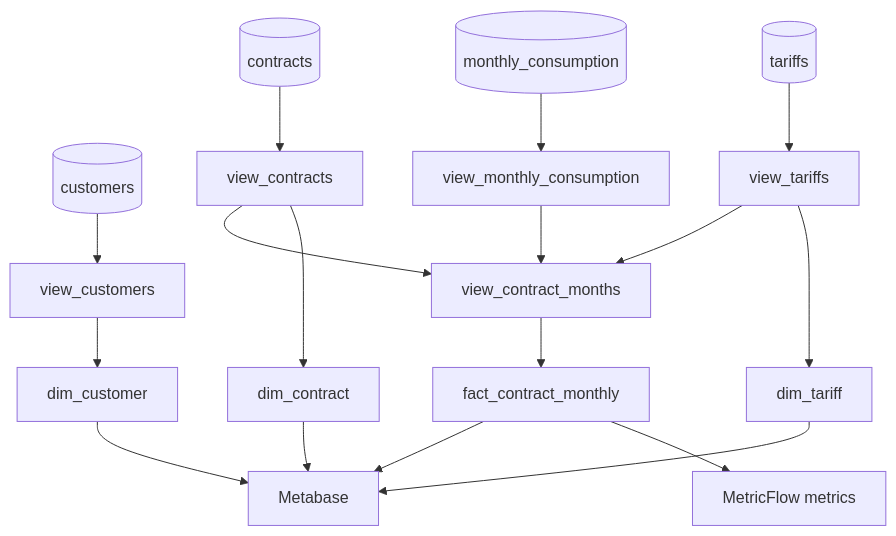
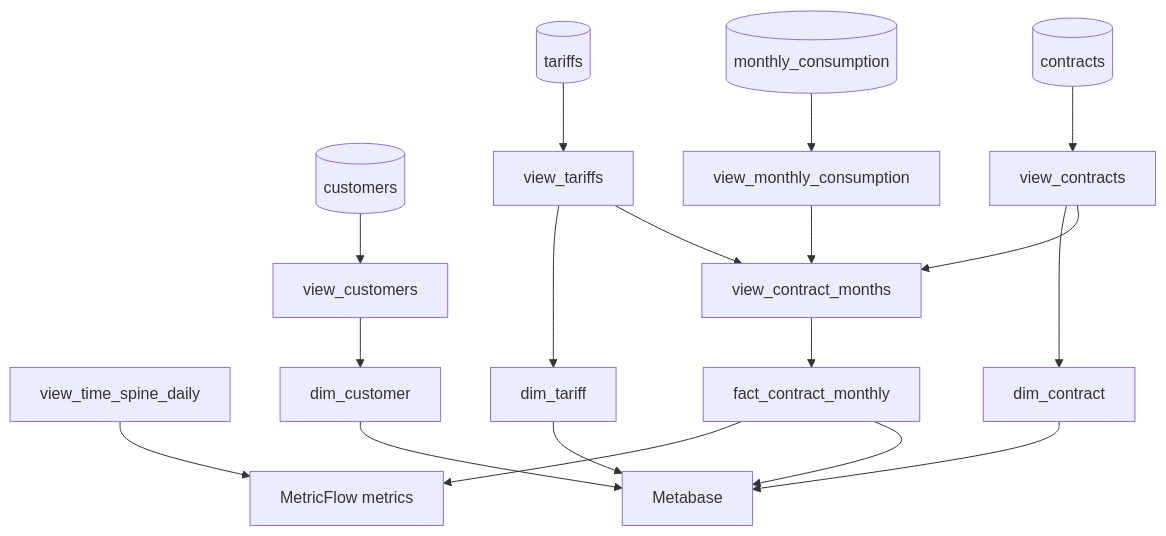
The second of 2 diagrams in docs/architecture.md (IshmitaBasu/Energy-Subscription-Analytics), drawn with Mermaid before and after one commit. The commit also changed other lines of this file and 37 other files, not shown here.

````diff
--- a/docs/architecture.md
+++ b/docs/architecture.md
@@ -53,22 +53,23 @@
 ```mermaid
 flowchart TD
     RC[(customers)] --> SC[view_customers]
     RT[(tariffs)] --> ST[view_tariffs]
     RK[(contracts)] --> SK[view_contracts]
     RU[(monthly_consumption)] --> SU[view_monthly_consumption]
+    TS[view_time_spine_daily] --> MF[MetricFlow metrics]
 
     SC --> DC[dim_customer]
     ST --> DT[dim_tariff]
     SK --> DK[dim_contract]
 
     SK --> CM[view_contract_months]
     SU --> CM
     ST --> CM
     CM --> FM[fact_contract_monthly]
 
-    FM --> MF[MetricFlow metrics]
+    FM --> MF
     FM --> MB[Metabase]
     DC --> MB
     DT --> MB
     DK --> MB
 ```
````
